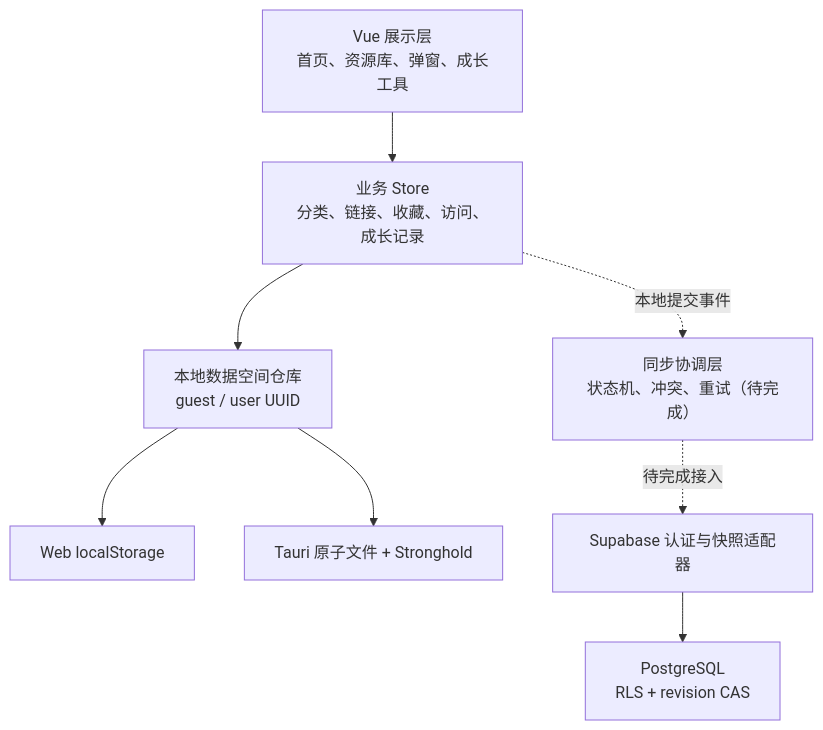
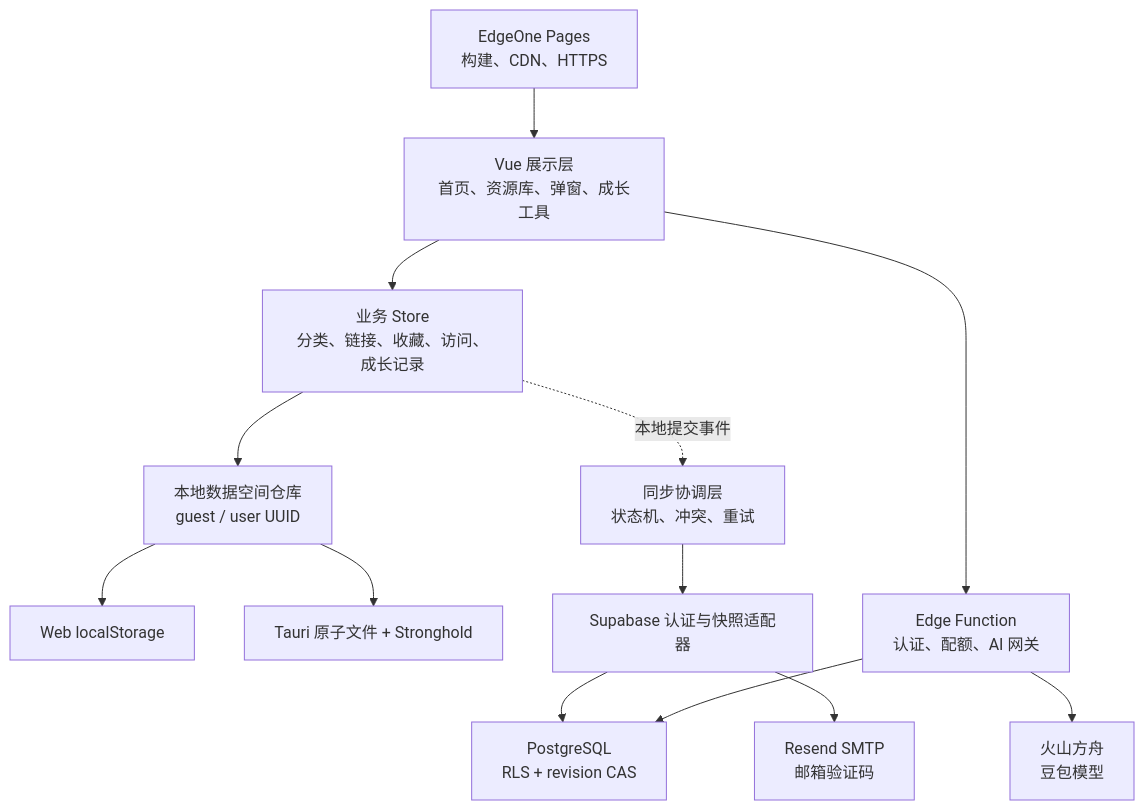
One commit to dtIsTheBest/panduola changed the first of 2 diagrams in docs/潘多拉-Vibe-Coding-全链路项目分享.md. Above: the diagram before and after it, drawn with Mermaid. The commit also changed other lines of this file and 23 other files, not shown here.

````diff
--- a/docs/潘多拉-Vibe-Coding-全链路项目分享.md
+++ b/docs/潘多拉-Vibe-Coding-全链路项目分享.md
@@ -103,19 +111,28 @@
 ```mermaid
 flowchart TB
     UI["Vue 展示层<br/>首页、资源库、弹窗、成长工具"]
     STORE["业务 Store<br/>分类、链接、收藏、访问、成长记录"]
     SPACE["本地数据空间仓库<br/>guest / user UUID"]
     WEB["Web localStorage"]
     TAURI["Tauri 原子文件 + Stronghold"]
-    SYNC["同步协调层<br/>状态机、冲突、重试（待完成）"]
+    SYNC["同步协调层<br/>状态机、冲突、重试"]
     ADAPTER["Supabase 认证与快照适配器"]
     DB["PostgreSQL<br/>RLS + revision CAS"]
+    MAIL["Resend SMTP<br/>邮箱验证码"]
+    AI["Edge Function<br/>认证、配额、AI 网关"]
+    ARK["火山方舟<br/>豆包模型"]
+    HOST["EdgeOne Pages<br/>构建、CDN、HTTPS"]
 
+    HOST --> UI
     UI --> STORE
     STORE --> SPACE
     SPACE --> WEB
     SPACE --> TAURI
     STORE -. "本地提交事件" .-> SYNC
-    SYNC -. "待完成接入" .-> ADAPTER
+    SYNC --> ADAPTER
     ADAPTER --> DB
+    ADAPTER --> MAIL
+    UI --> AI
+    AI --> DB
+    AI --> ARK
 ```
````
